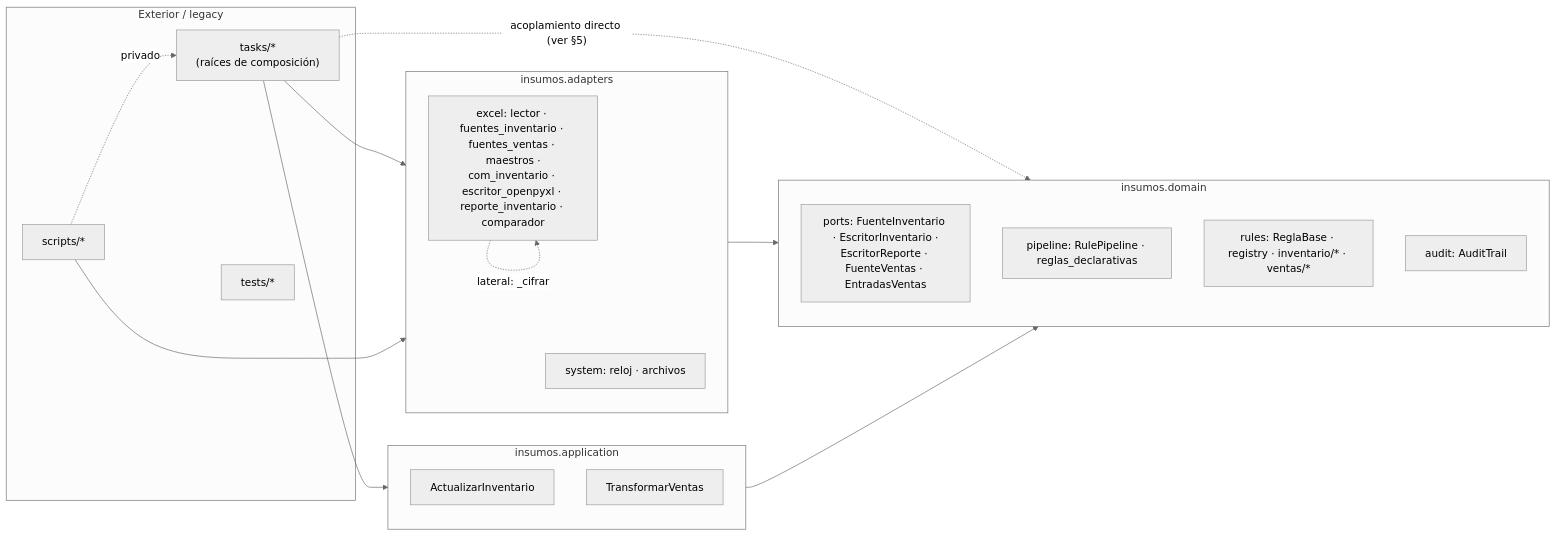
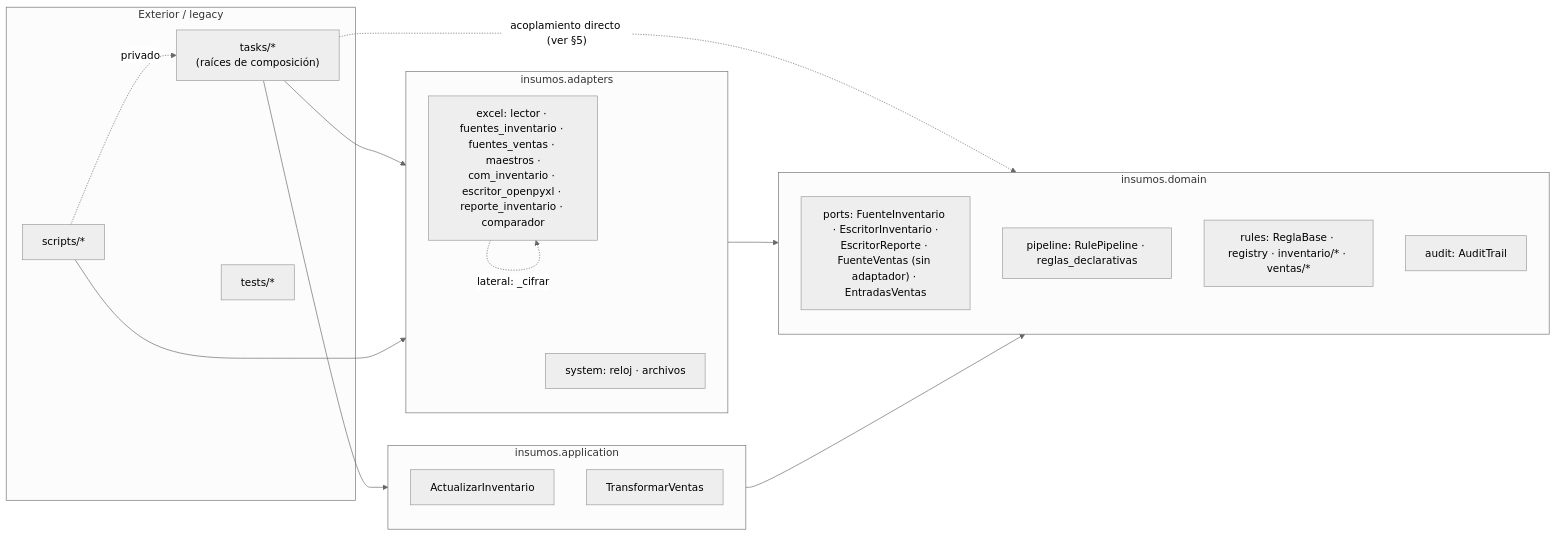
Before and after one commit to developments-fertrac/generacion_insumos: the diagram in docs/arquitectura/02_arquitectura_hexagonal.md, drawn with Mermaid (neutral theme). The commit also changed other lines of this file and 16 other files, not shown here.

Commit message:
graphify updated

````diff
--- a/docs/arquitectura/02_arquitectura_hexagonal.md
+++ b/docs/arquitectura/02_arquitectura_hexagonal.md
@@ -16,30 +18,30 @@
 ```mermaid
 flowchart LR
     subgraph EXT["Exterior / legacy"]
       TASKS["tasks/*<br/>(raíces de composición)"]
       SCRIPTS["scripts/*"]
       TESTS["tests/*"]
     end
     subgraph ADP["insumos.adapters"]
       AEX["excel: lector · fuentes_inventario · fuentes_ventas · maestros ·<br/>com_inventario · escritor_openpyxl · reporte_inventario · comparador"]
       ASYS["system: reloj · archivos"]
     end
     subgraph APP["insumos.application"]
       UCI["ActualizarInventario"]
       UCV["TransformarVentas"]
     end
     subgraph DOM["insumos.domain"]
-      PORTS["ports: FuenteInventario · EscritorInventario ·<br/>EscritorReporte · FuenteVentas · EntradasVentas"]
+      PORTS["ports: FuenteInventario · EscritorInventario ·<br/>EscritorReporte · FuenteVentas (sin adaptador) · EntradasVentas"]
       PIPE["pipeline: RulePipeline · reglas_declarativas"]
       RULES["rules: ReglaBase · registry · inventario/* · ventas/*"]
       AUD["audit: AuditTrail"]
     end
     TASKS --> ADP
     TASKS --> APP
     TASKS -. "acoplamiento directo (ver §5)" .-> DOM
     SCRIPTS --> ADP
     SCRIPTS -. "privado" .-> TASKS
     ADP --> DOM
     APP --> DOM
     AEX -. "lateral: _cifrar" .-> AEX
 ```
````
